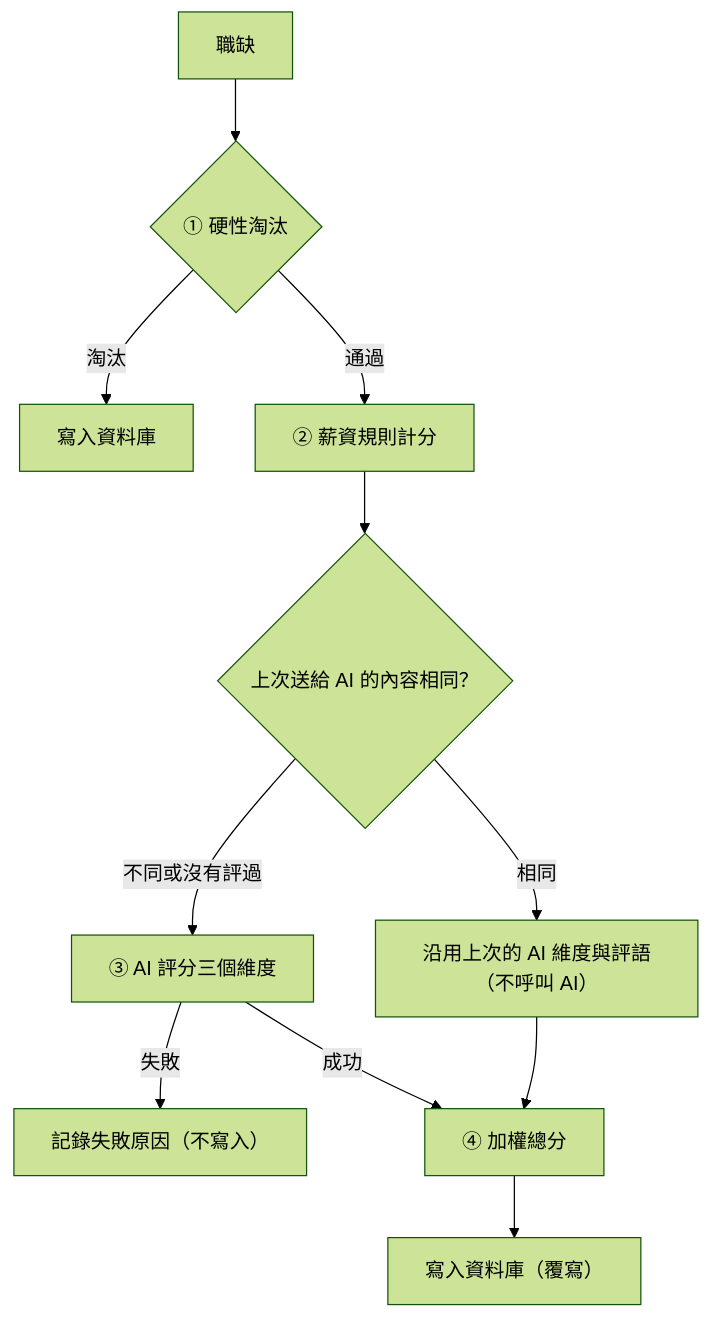
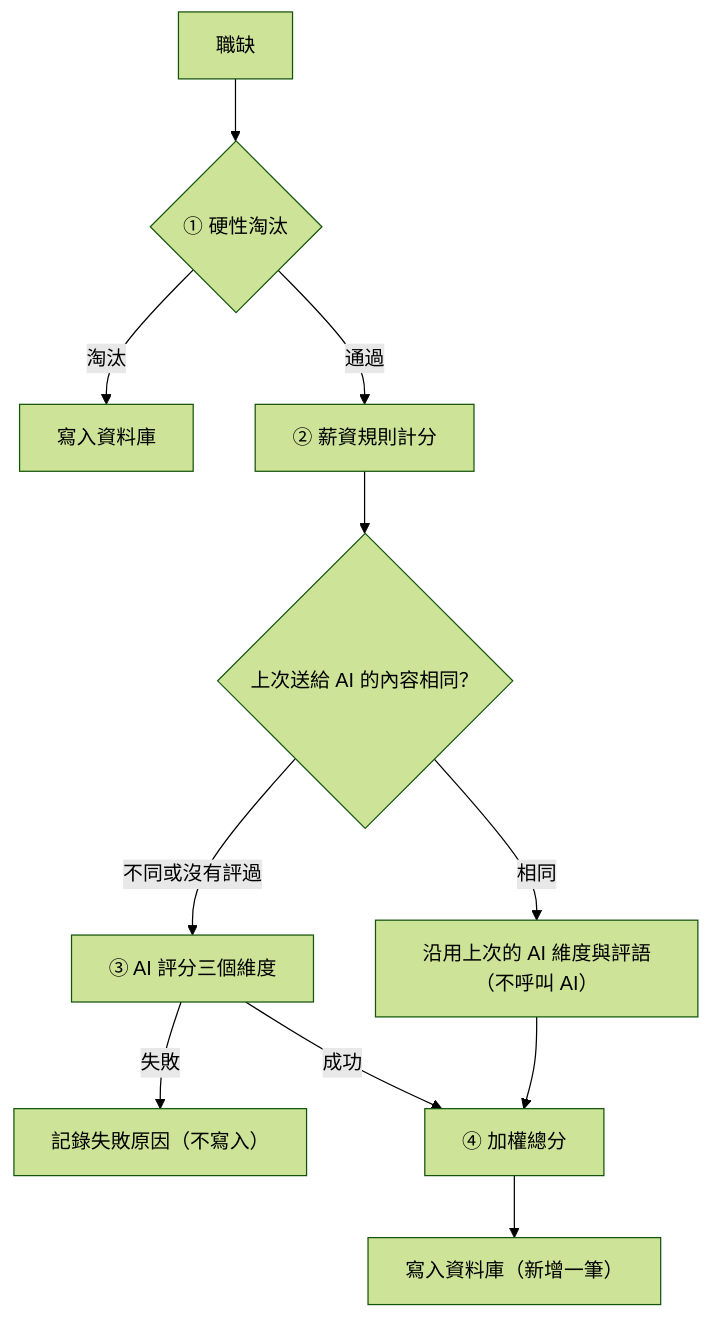
One commit to dlhdb/job-matching changed the third of 3 diagrams in docs/product/features/job-auto-scoring.md. Above: the diagram before and after it, drawn with Mermaid (forest theme). The commit also changed other lines of this file and 13 other files, not shown here.

````diff
--- a/docs/product/features/job-auto-scoring.md
+++ b/docs/product/features/job-auto-scoring.md
@@ -657,13 +656,13 @@
 ```mermaid
 flowchart TD
     J[職缺] --> F{① 硬性淘汰}
     F -->|淘汰| W1["寫入資料庫"]
     F -->|通過| S["② 薪資規則計分"]
     S --> C{"上次送給 AI 的內容相同？"}
     C -->|相同| R["沿用上次的 AI 維度與評語（不呼叫 AI）"]
     C -->|不同或沒有評過| A["③ AI 評分三個維度"]
     A -->|失敗| E["記錄失敗原因（不寫入）"]
     R --> T["④ 加權總分"]
     A -->|成功| T
-    T --> W2["寫入資料庫（覆寫）"]
+    T --> W2["寫入資料庫（新增一筆）"]
 ```
````
